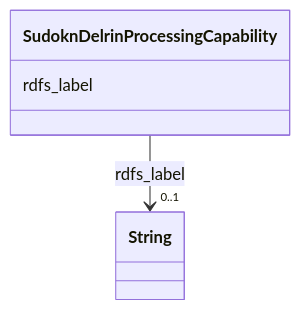
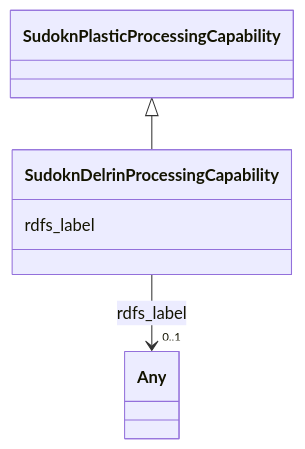
Before and after one commit to frink-okn/graph-descriptions: the diagram in sudokn-kg/classes/SudoknDelrinProcessingCapability.md, drawn with Mermaid. The commit also changed other lines of this file and 903 other files, not shown here.

````diff
--- a/sudokn-kg/classes/SudoknDelrinProcessingCapability.md
+++ b/sudokn-kg/classes/SudoknDelrinProcessingCapability.md
@@ -23,15 +18,18 @@
 ```mermaid
  classDiagram
     class SudoknDelrinProcessingCapability
     click SudoknDelrinProcessingCapability href "../SudoknDelrinProcessingCapability"
+      SudoknPlasticProcessingCapability <|-- SudoknDelrinProcessingCapability
+        click SudoknPlasticProcessingCapability href "../SudoknPlasticProcessingCapability"
+      
       SudoknDelrinProcessingCapability : rdfs_label
         
           
     
     
-    SudoknDelrinProcessingCapability --> "0..1" String : rdfs_label
-    click String href "../String"
+    SudoknDelrinProcessingCapability --> "0..1" Any : rdfs_label
+    click Any href "../Any"
 
         
       
 ```
````
